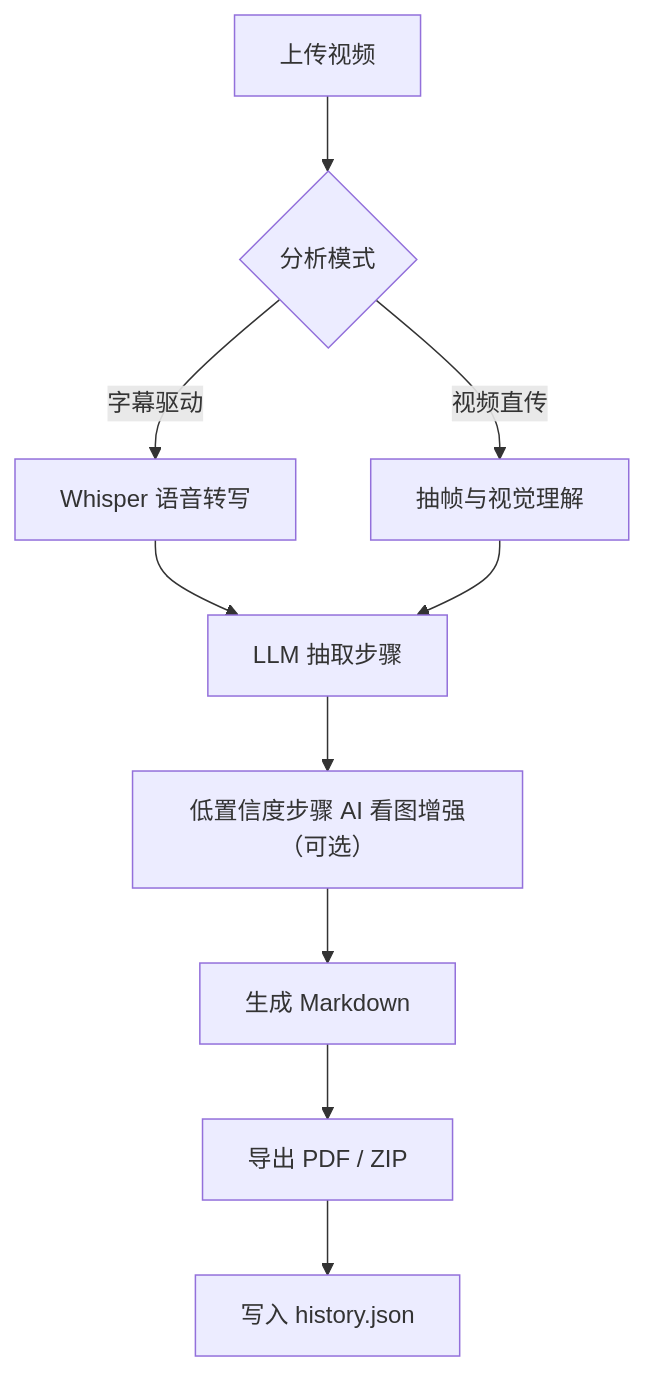
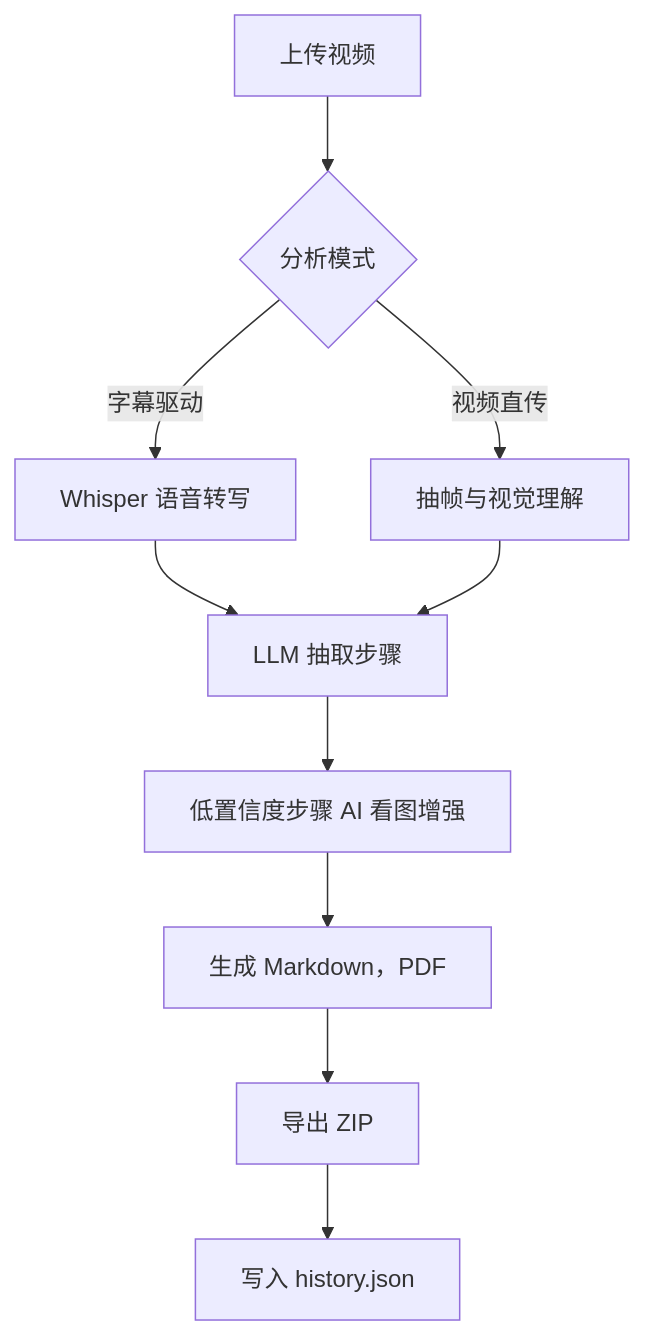
Before and after one commit to zyzy898/video-toAI-md-pdf-main: the diagram in README.md, drawn with Mermaid. The commit also changed other lines of this file, not shown here.

First line of the commit message:
Revise README with updated flow and launch instructions

````diff
--- a/README.md
+++ b/README.md
@@ -36,12 +36,12 @@
 ```mermaid
 flowchart TD
     A[上传视频] --> B{分析模式}
     B -->|字幕驱动| C[Whisper 语音转写]
     B -->|视频直传| D[抽帧与视觉理解]
     C --> E[LLM 抽取步骤]
     D --> E
-    E --> F[低置信度步骤 AI 看图增强（可选）]
-    F --> G[生成 Markdown]
-    G --> H[导出 PDF / ZIP]
+    E --> F[低置信度步骤 AI 看图增强]
+    F --> G[生成 Markdown，PDF]
+    G --> H[导出 ZIP]
     H --> I[写入 history.json]
 ```
````
